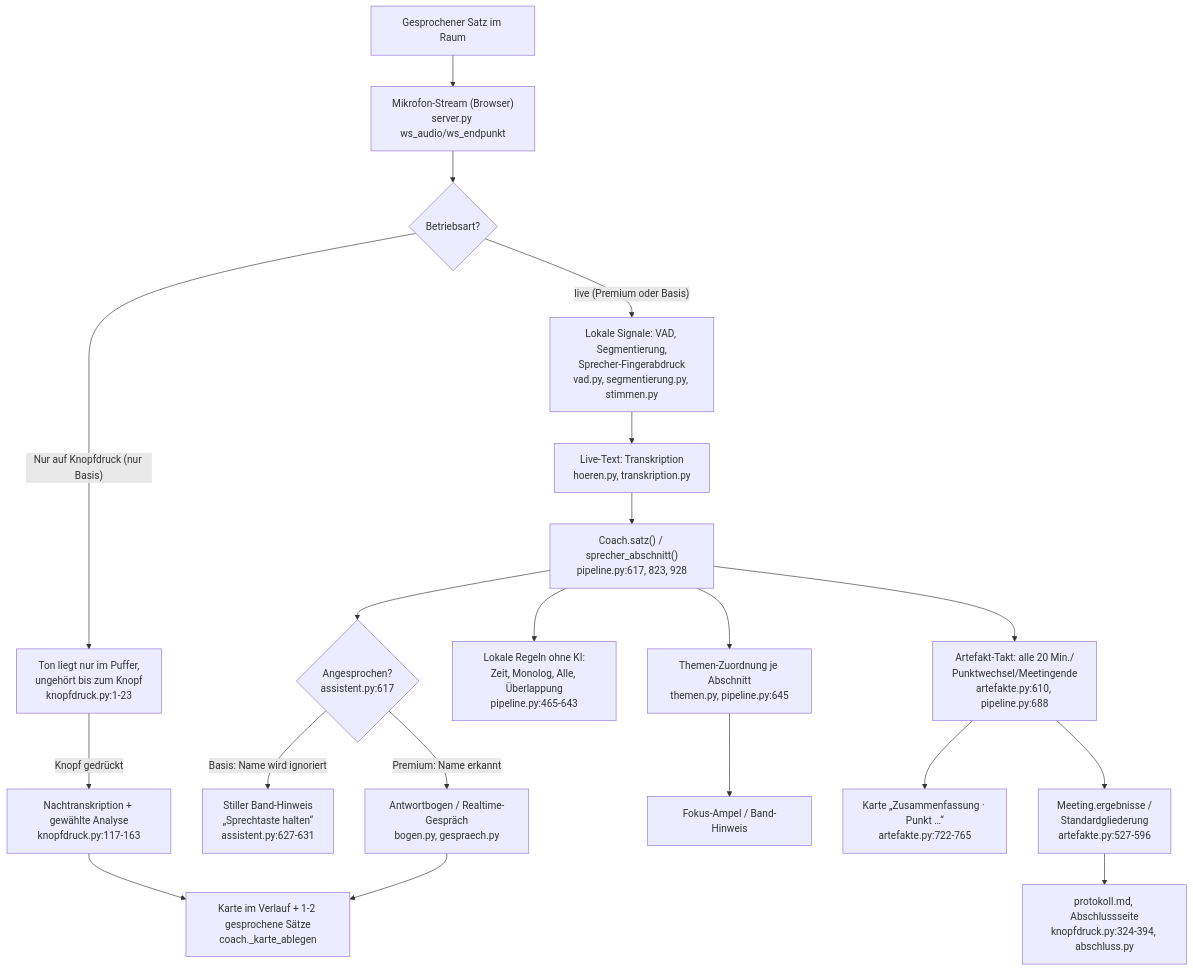
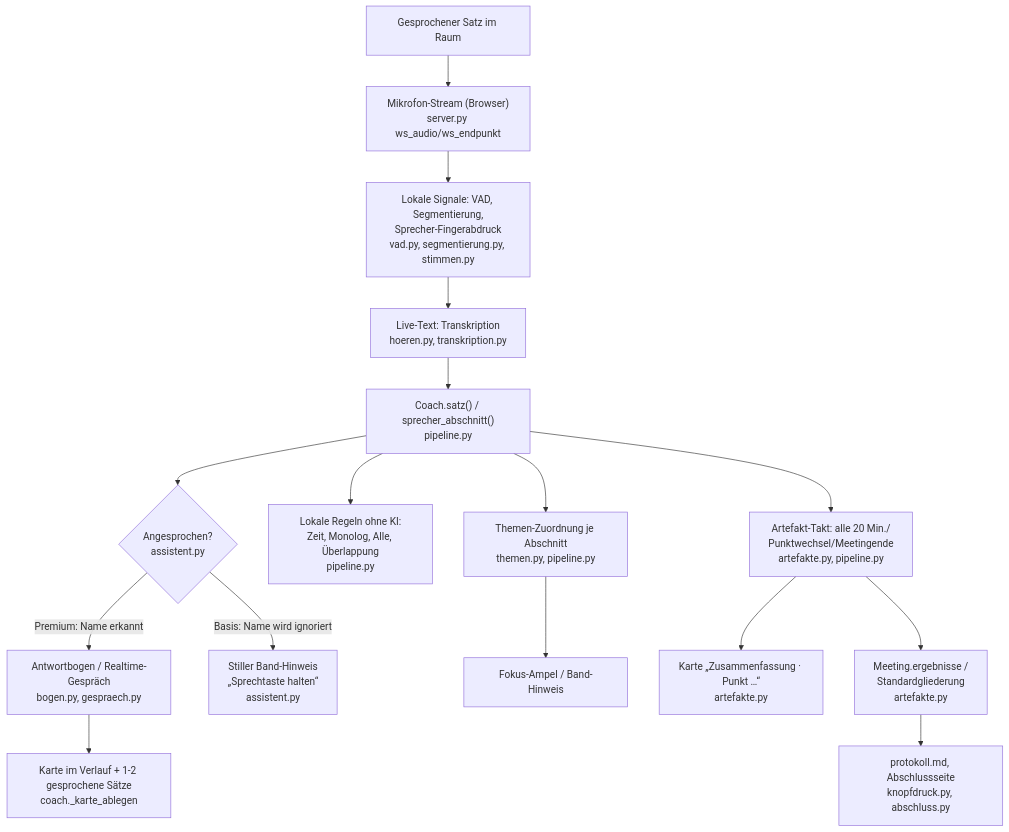
The diagram in docs/promptlenkung.md (niclaseschner-ship-it/live-meeting-coach), drawn with Mermaid before and after one commit. The commit also changed other lines of this file and 38 other files, not shown here.

````diff
--- a/docs/promptlenkung.md
+++ b/docs/promptlenkung.md
@@ -14,22 +18,18 @@
 ```mermaid
 flowchart TD
     A["Gesprochener Satz im Raum"] --> B["Mikrofon-Stream (Browser)<br/>server.py ws_audio/ws_endpunkt"]
-    B --> C{"Betriebsart?"}
-    C -->|"live (Premium oder Basis)"| D["Lokale Signale: VAD, Segmentierung,<br/>Sprecher-Fingerabdruck<br/>vad.py, segmentierung.py, stimmen.py"]
-    C -->|"Nur auf Knopfdruck (nur Basis)"| E["Ton liegt nur im Puffer,<br/>ungehört bis zum Knopf<br/>knopfdruck.py:1-23"]
+    B --> D["Lokale Signale: VAD, Segmentierung,<br/>Sprecher-Fingerabdruck<br/>vad.py, segmentierung.py, stimmen.py"]
     D --> F["Live-Text: Transkription<br/>hoeren.py, transkription.py"]
-    F --> G["Coach.satz() / sprecher_abschnitt()<br/>pipeline.py:617, 823, 928"]
-    G --> H["Themen-Zuordnung je Abschnitt<br/>themen.py, pipeline.py:645"]
-    G --> I["Lokale Regeln ohne KI:<br/>Zeit, Monolog, Alle, Überlappung<br/>pipeline.py:465-643"]
-    G --> J{"Angesprochen?<br/>assistent.py:617"}
-    G --> K["Artefakt-Takt: alle 20 Min./<br/>Punktwechsel/Meetingende<br/>artefakte.py:610, pipeline.py:688"]
+    F --> G["Coach.satz() / sprecher_abschnitt()<br/>pipeline.py"]
+    G --> H["Themen-Zuordnung je Abschnitt<br/>themen.py, pipeline.py"]
+    G --> I["Lokale Regeln ohne KI:<br/>Zeit, Monolog, Alle, Überlappung<br/>pipeline.py"]
+    G --> J{"Angesprochen?<br/>assistent.py"}
+    G --> K["Artefakt-Takt: alle 20 Min./<br/>Punktwechsel/Meetingende<br/>artefakte.py, pipeline.py"]
     J -->|"Premium: Name erkannt"| L["Antwortbogen / Realtime-Gespräch<br/>bogen.py, gespraech.py"]
-    J -->|"Basis: Name wird ignoriert"| M["Stiller Band-Hinweis<br/>„Sprechtaste halten“<br/>assistent.py:627-631"]
-    E -->|"Knopf gedrückt"| N["Nachtranskription + gewählte Analyse<br/>knopfdruck.py:117-163"]
+    J -->|"Basis: Name wird ignoriert"| M["Stiller Band-Hinweis<br/>„Sprechtaste halten“<br/>assistent.py"]
     H --> O["Fokus-Ampel / Band-Hinweis"]
-    K --> P["Karte „Zusammenfassung · Punkt …“<br/>artefakte.py:722-765"]
+    K --> P["Karte „Zusammenfassung · Punkt …“<br/>artefakte.py"]
     L --> Q["Karte im Verlauf + 1-2 gesprochene Sätze<br/>coach._karte_ablegen"]
-    N --> Q
-    K --> R["Meeting.ergebnisse /<br/>Standardgliederung<br/>artefakte.py:527-596"]
-    R --> S["protokoll.md, Abschlussseite<br/>knopfdruck.py:324-394, abschluss.py"]
+    K --> R["Meeting.ergebnisse /<br/>Standardgliederung<br/>artefakte.py"]
+    R --> S["protokoll.md, Abschlussseite<br/>knopfdruck.py, abschluss.py"]
 ```
````
